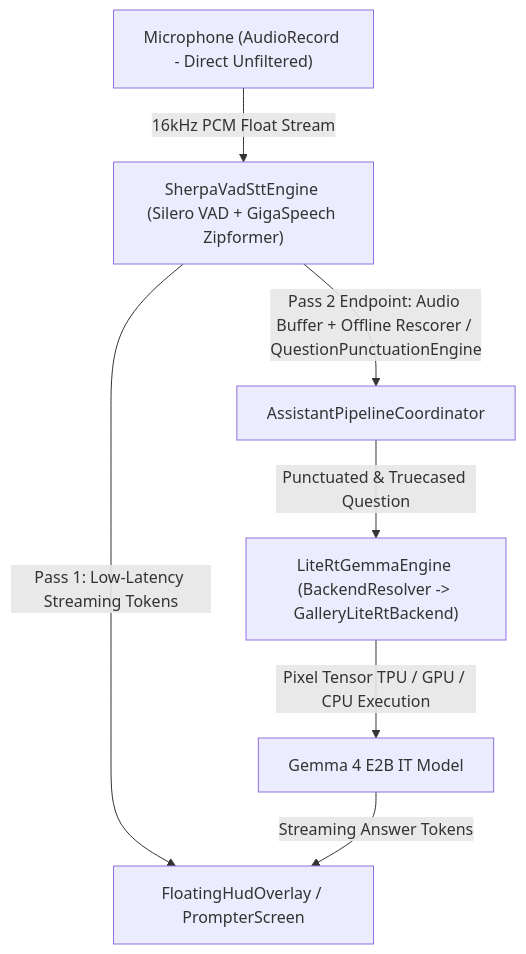
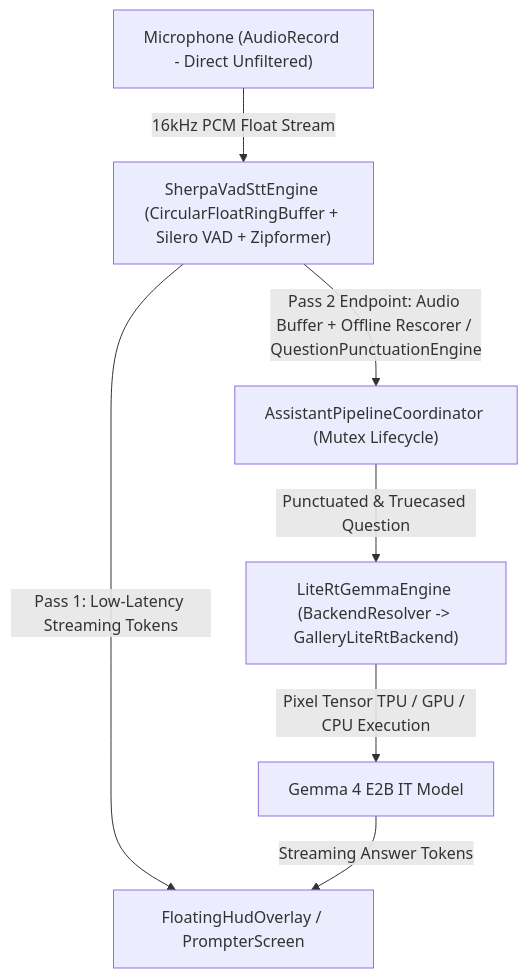
Before and after one commit to eduardoben/ai-interview: the diagram in README.md, drawn with Mermaid. The commit also changed other lines of this file and 20 other files, not shown here.

Commit message:
feat(phase1): production R8 rules, mutex service teardown, backup exclusions, 3-tier RAM gate, and zero-alloc audio ring buffer (v1.6.0)

````diff
--- a/README.md
+++ b/README.md
@@ -37,9 +43,9 @@
 ```mermaid
 graph TD
-    A["Microphone (AudioRecord - Direct Unfiltered)"] -->|16kHz PCM Float Stream| B["SherpaVadSttEngine (Silero VAD + GigaSpeech Zipformer)"]
+    A["Microphone (AudioRecord - Direct Unfiltered)"] -->|16kHz PCM Float Stream| B["SherpaVadSttEngine (CircularFloatRingBuffer + Silero VAD + Zipformer)"]
     B -->|Pass 1: Low-Latency Streaming Tokens| F["FloatingHudOverlay / PrompterScreen"]
-    B -->|Pass 2 Endpoint: Audio Buffer + Offline Rescorer / QuestionPunctuationEngine| C["AssistantPipelineCoordinator"]
+    B -->|Pass 2 Endpoint: Audio Buffer + Offline Rescorer / QuestionPunctuationEngine| C["AssistantPipelineCoordinator (Mutex Lifecycle)"]
     C -->|Punctuated & Truecased Question| D["LiteRtGemmaEngine (BackendResolver -> GalleryLiteRtBackend)"]
     D -->|Pixel Tensor TPU / GPU / CPU Execution| E["Gemma 4 E2B IT Model"]
     E -->|Streaming Answer Tokens| F
 ```
````
